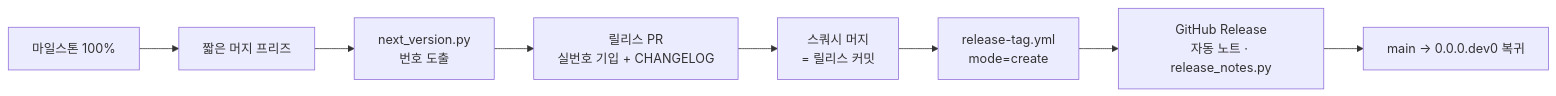
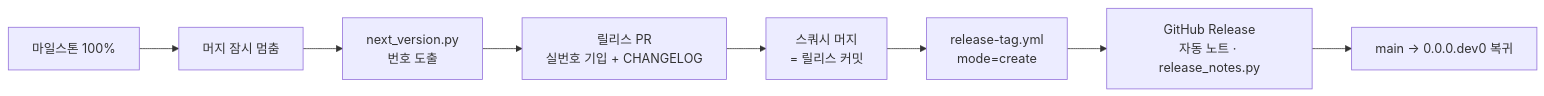
One commit to pmmm114/okf-wiki-plugin changed the diagram in docs/releasing.md. Above: the diagram before and after it, drawn with Mermaid. The commit also changed other lines of this file and 5 other files, not shown here.

````diff
--- a/docs/releasing.md
+++ b/docs/releasing.md
@@ -108,10 +149,10 @@
 ```mermaid
 flowchart LR
-  M[마일스톤 100%] --> F[짧은 머지 프리즈]
+  M[마일스톤 100%] --> F[머지 잠시 멈춤]
   F --> V[next_version.py<br/>번호 도출]
   V --> R[릴리스 PR<br/>실번호 기입 + CHANGELOG]
   R --> S[스쿼시 머지<br/>= 릴리스 커밋]
   S --> T[release-tag.yml<br/>mode=create]
   T --> G[GitHub Release<br/>자동 노트 · release_notes.py]
   G --> N[main → 0.0.0.dev0 복귀]
 ```
````
